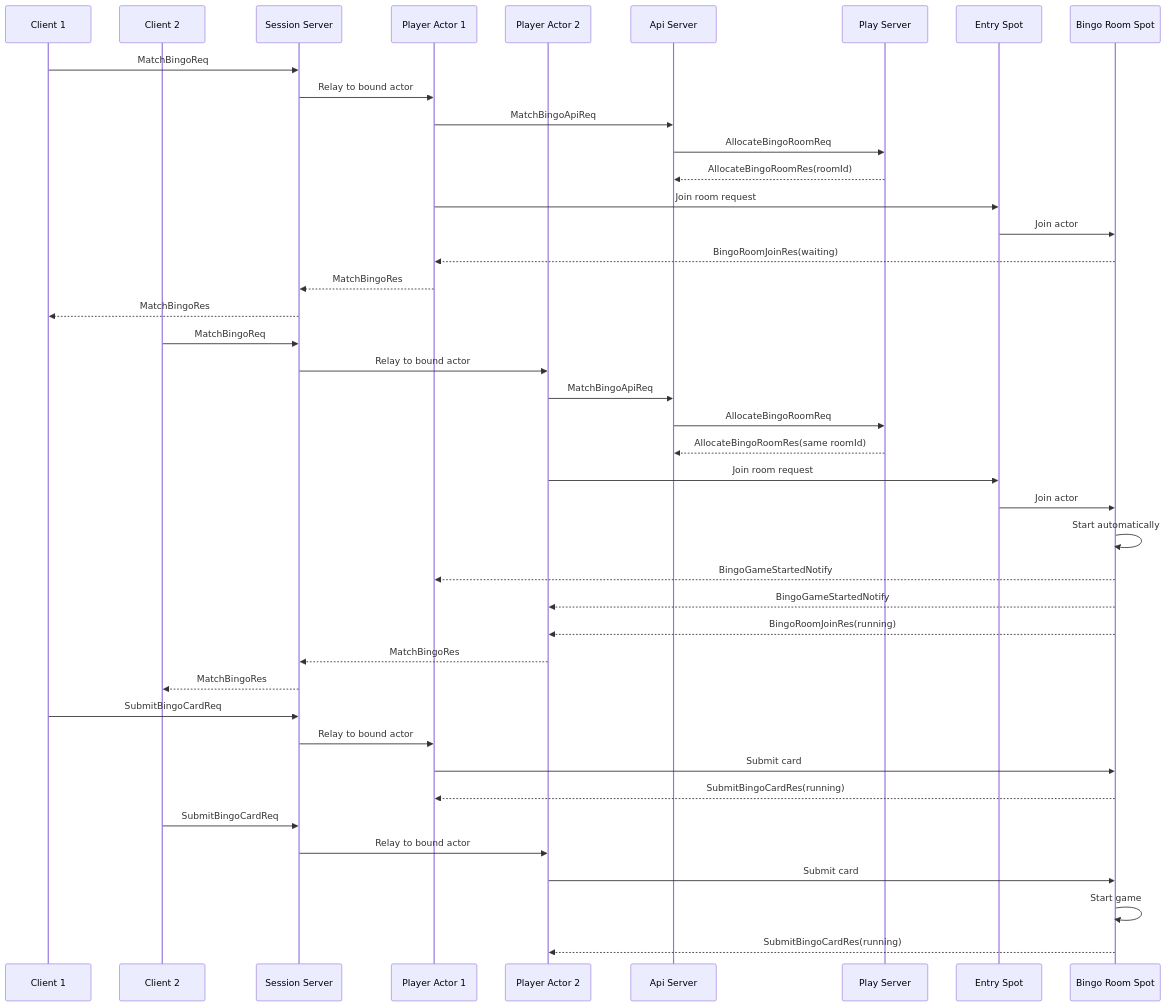
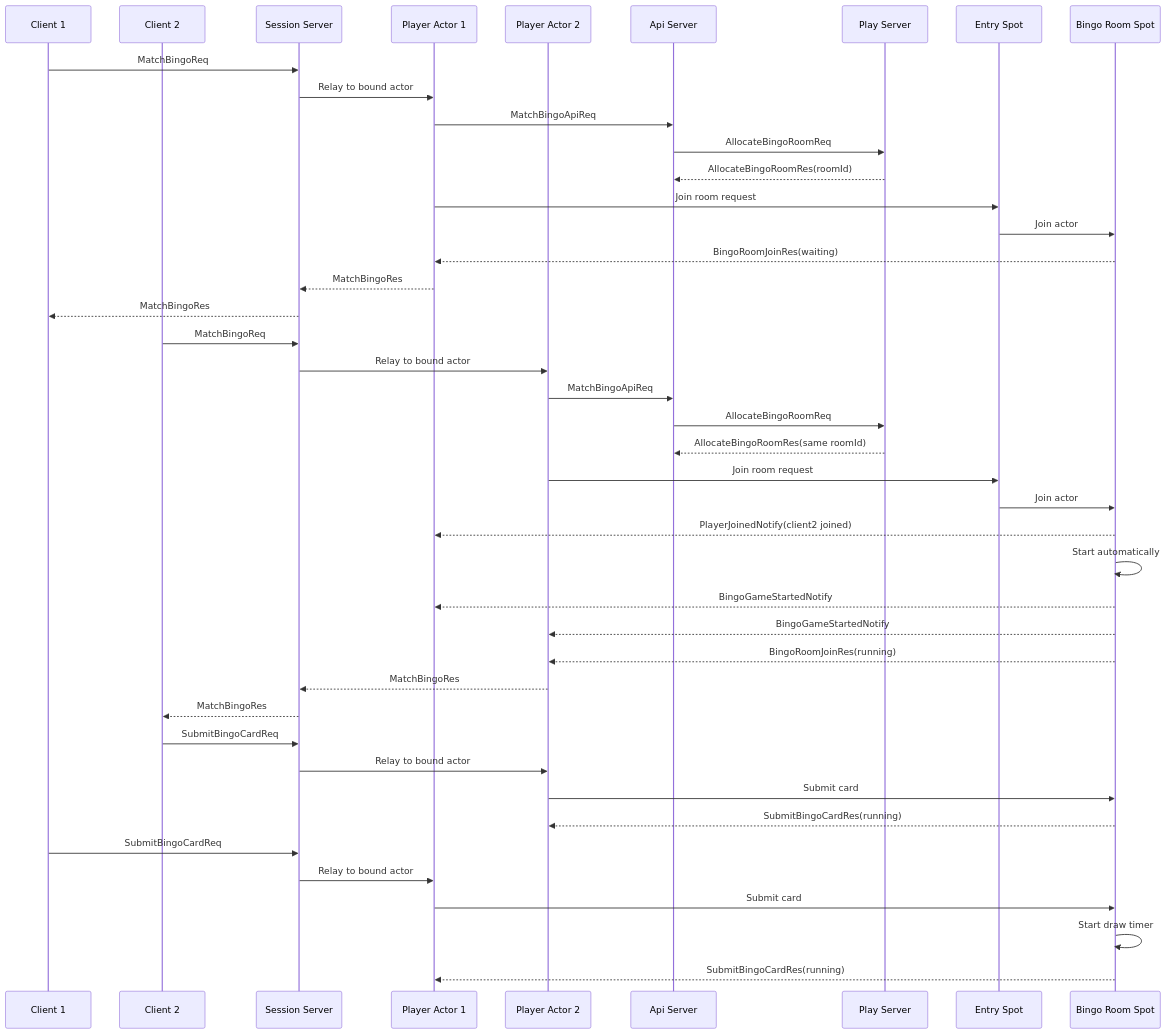
One commit to kairos-code-dev/zlink changed the third of 4 diagrams in framework/doc/spec/sample/bingo/README.ko.md. Above: the diagram before and after it, drawn with Mermaid. The commit also changed other lines of this file and 2 other files, not shown here.

Commit message:
Document common sample play architecture

````diff
--- a/framework/doc/spec/sample/bingo/README.ko.md
+++ b/framework/doc/spec/sample/bingo/README.ko.md
@@ -307,45 +361,46 @@
 ```mermaid
 sequenceDiagram
     participant C1 as Client 1
     participant C2 as Client 2
     participant S as Session Server
     participant A1 as Player Actor 1
     participant A2 as Player Actor 2
     participant API as Api Server
     participant P as Play Server
     participant E as Entry Spot
     participant R as Bingo Room Spot
 
     C1->>S: MatchBingoReq
     S->>A1: Relay to bound actor
     A1->>API: MatchBingoApiReq
     API->>P: AllocateBingoRoomReq
     P-->>API: AllocateBingoRoomRes(roomId)
     A1->>E: Join room request
     E->>R: Join actor
     R-->>A1: BingoRoomJoinRes(waiting)
     A1-->>S: MatchBingoRes
     S-->>C1: MatchBingoRes
     C2->>S: MatchBingoReq
     S->>A2: Relay to bound actor
     A2->>API: MatchBingoApiReq
     API->>P: AllocateBingoRoomReq
     P-->>API: AllocateBingoRoomRes(same roomId)
     A2->>E: Join room request
     E->>R: Join actor
+    R-->>A1: PlayerJoinedNotify(client2 joined)
     R->>R: Start automatically
     R-->>A1: BingoGameStartedNotify
     R-->>A2: BingoGameStartedNotify
     R-->>A2: BingoRoomJoinRes(running)
     A2-->>S: MatchBingoRes
     S-->>C2: MatchBingoRes
+    C2->>S: SubmitBingoCardReq
+    S->>A2: Relay to bound actor
+    A2->>R: Submit card
+    R-->>A2: SubmitBingoCardRes(running)
     C1->>S: SubmitBingoCardReq
     S->>A1: Relay to bound actor
     A1->>R: Submit card
+    R->>R: Start draw timer
     R-->>A1: SubmitBingoCardRes(running)
-    C2->>S: SubmitBingoCardReq
-    S->>A2: Relay to bound actor
-    A2->>R: Submit card
-    R->>R: Start game
-    R-->>A2: SubmitBingoCardRes(running)
 ```
````
